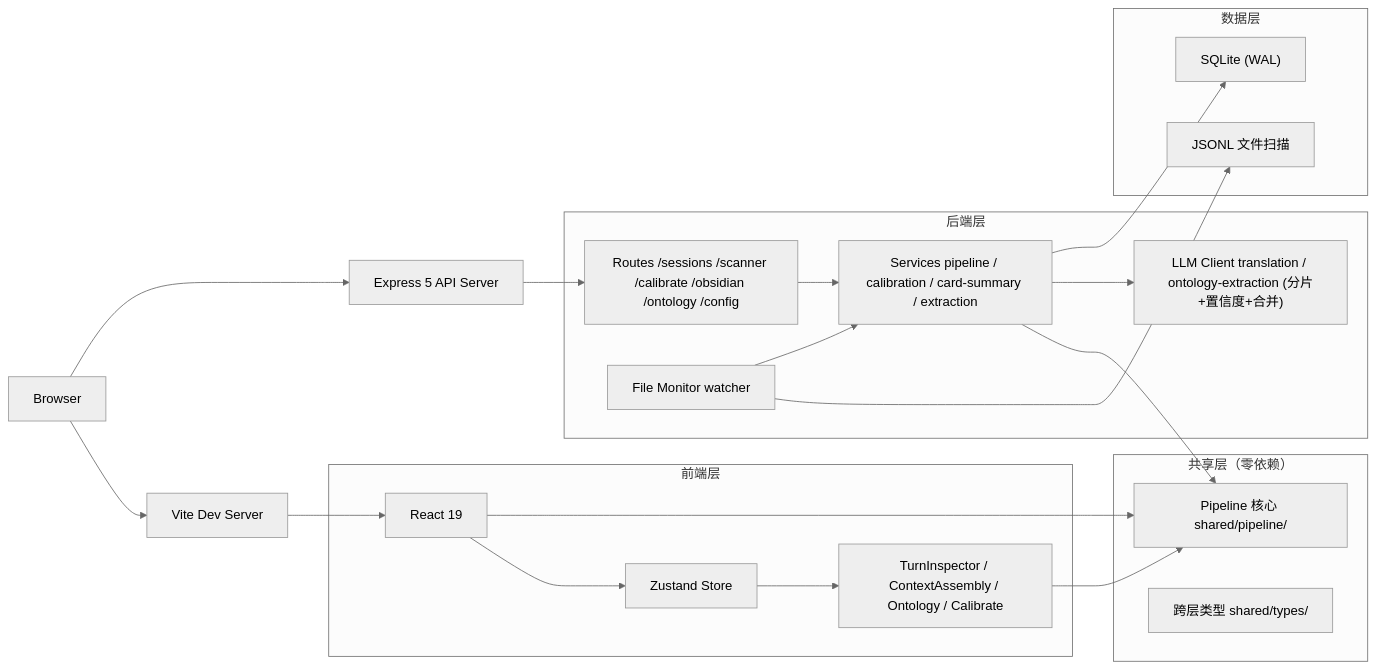
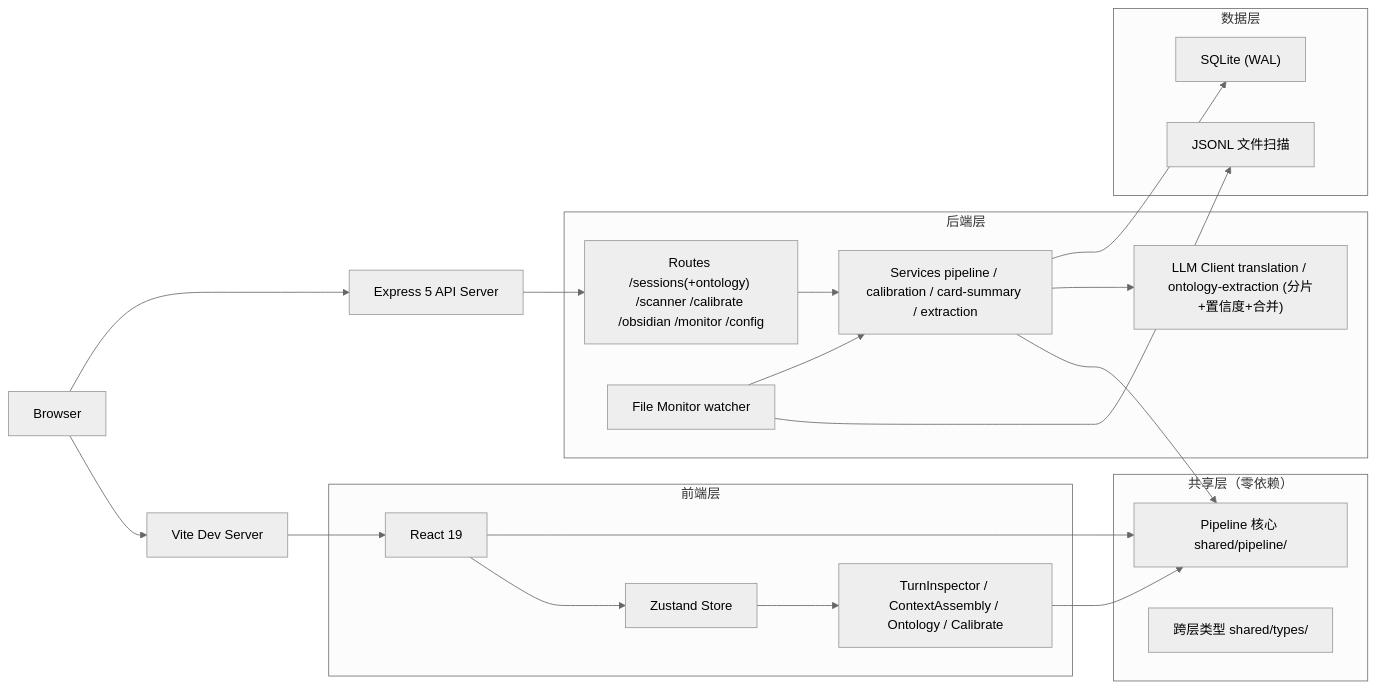
Before and after one commit to ghoshadow/llm-context-viz: the diagram in README.md, drawn with Mermaid (neutral theme). The commit also changed other lines of this file, not shown here.

````diff
--- a/README.md
+++ b/README.md
@@ -28,42 +28,42 @@
 ```mermaid
 flowchart LR
     Browser["Browser"] --> Vite["Vite Dev Server"]
     Browser --> Express["Express 5 API Server"]
 
     subgraph Frontend["前端层"]
         React["React 19"]
         Zustand["Zustand Store"]
         Pages["TurnInspector / ContextAssembly / Ontology / Calibrate"]
     end
 
     subgraph Shared["共享层（零依赖）"]
         Pipeline["Pipeline 核心 shared/pipeline/"]
         Types["跨层类型 shared/types/"]
     end
 
     subgraph Backend["后端层"]
-        Routes["Routes /sessions /scanner /calibrate /obsidian /ontology /config"]
+        Routes["Routes /sessions(+ontology) /scanner /calibrate /obsidian /monitor /config"]
         Services["Services pipeline / calibration / card-summary / extraction"]
         LLM["LLM Client translation / ontology-extraction (分片+置信度+合并)"]
         Monitor["File Monitor watcher"]
     end
 
     subgraph Data["数据层"]
         SQLite["SQLite (WAL)"]
         JSONL["JSONL 文件扫描"]
     end
 
     Vite --> React
     React --> Zustand
     Zustand --> Pages
 
     Pages --> Pipeline
     React --> Pipeline
     Express --> Routes
     Routes --> Services
     Services --> Pipeline
     Services --> LLM
     Services --> SQLite
     Monitor --> JSONL
     Monitor --> Services
 ```
````
